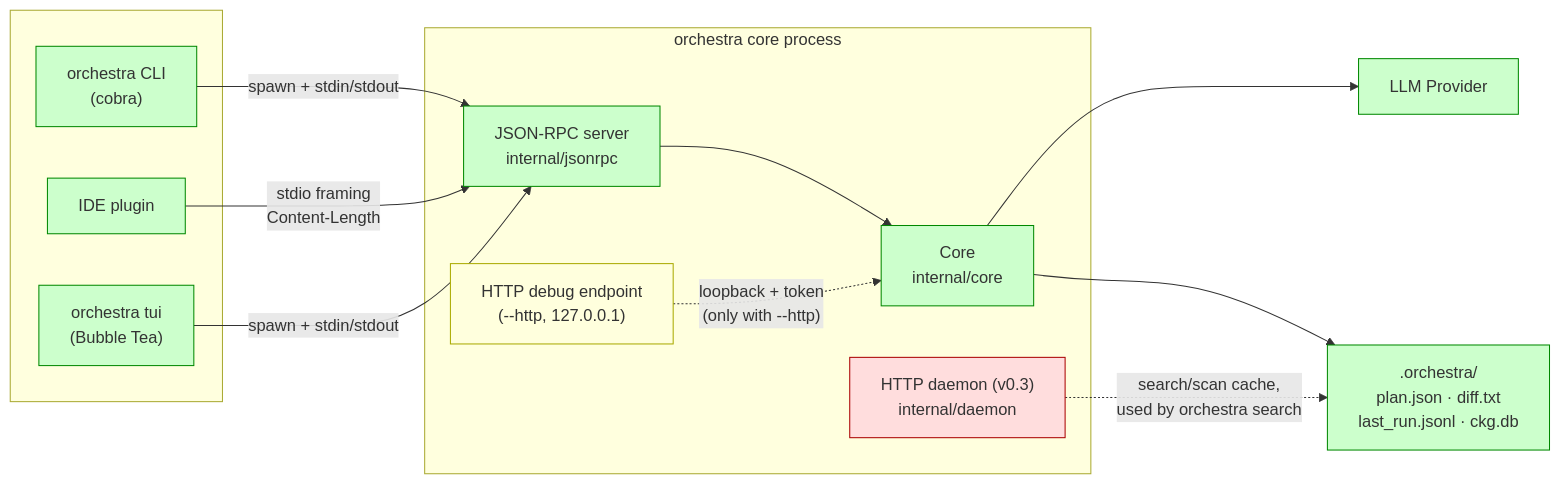
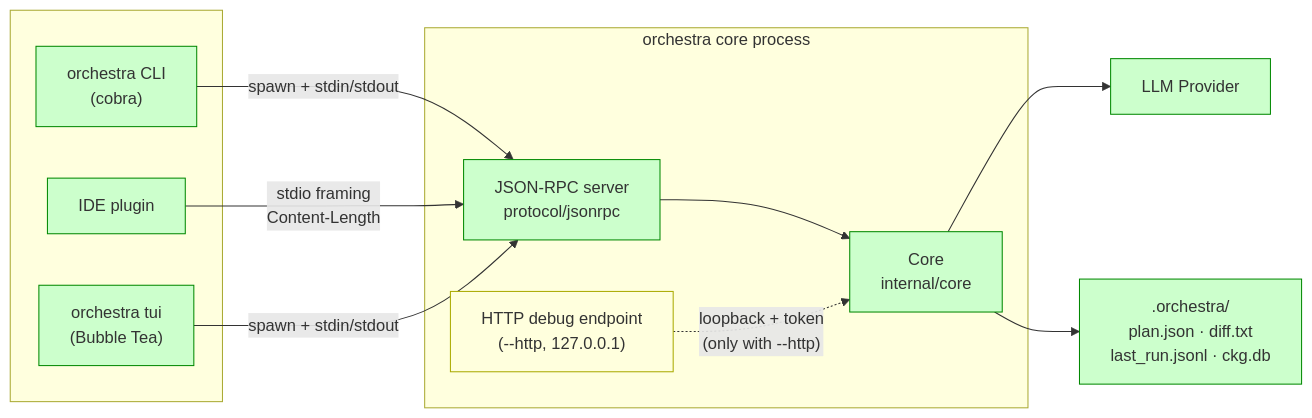
One commit to GreyKxtx/Orchestra changed the second of 10 diagrams in docs/architecture-uml.md. Above: the diagram before and after it, drawn with Mermaid. The commit also changed other lines of this file and 4 other files, not shown here.

````diff
--- a/docs/architecture-uml.md
+++ b/docs/architecture-uml.md
@@ -50,32 +47,30 @@
 ```mermaid
 flowchart LR
     classDef supported fill:#cfc,stroke:#080
     classDef debug fill:#ffd,stroke:#aa0
     classDef legacy fill:#fdd,stroke:#a00
 
     subgraph User_side[" "]
         CLI["orchestra CLI<br/>(cobra)"]:::supported
         IDE["IDE plugin"]:::supported
         TUI["orchestra tui<br/>(Bubble Tea)"]:::supported
     end
 
     subgraph Process[orchestra core process]
-        RPC["JSON-RPC server<br/>internal/jsonrpc"]:::supported
+        RPC["JSON-RPC server<br/>protocol/jsonrpc"]:::supported
         Core["Core<br/>internal/core"]:::supported
         HTTPDbg["HTTP debug endpoint<br/>(--http, 127.0.0.1)"]:::debug
-        Daemon["HTTP daemon (v0.3)<br/>internal/daemon"]:::legacy
     end
 
     Filesystem[".orchestra/<br/>plan.json · diff.txt<br/>last_run.jsonl · ckg.db"]:::supported
     LLM["LLM Provider"]:::supported
 
     CLI -- "spawn + stdin/stdout" --> RPC
     IDE -- "stdio framing<br/>Content-Length" --> RPC
     TUI -- "spawn + stdin/stdout" --> RPC
     RPC --> Core
     Core --> LLM
     Core --> Filesystem
 
     HTTPDbg -. "loopback + token<br/>(only with --http)" .-> Core
-    Daemon -. "search/scan cache,<br/>used by orchestra search" .-> Filesystem
 ```
````
